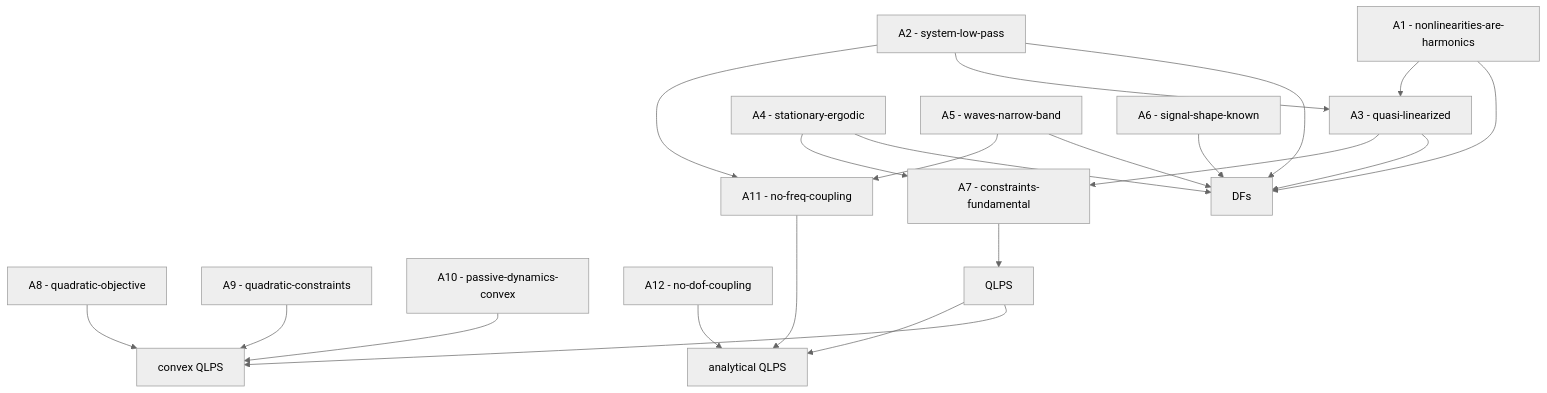
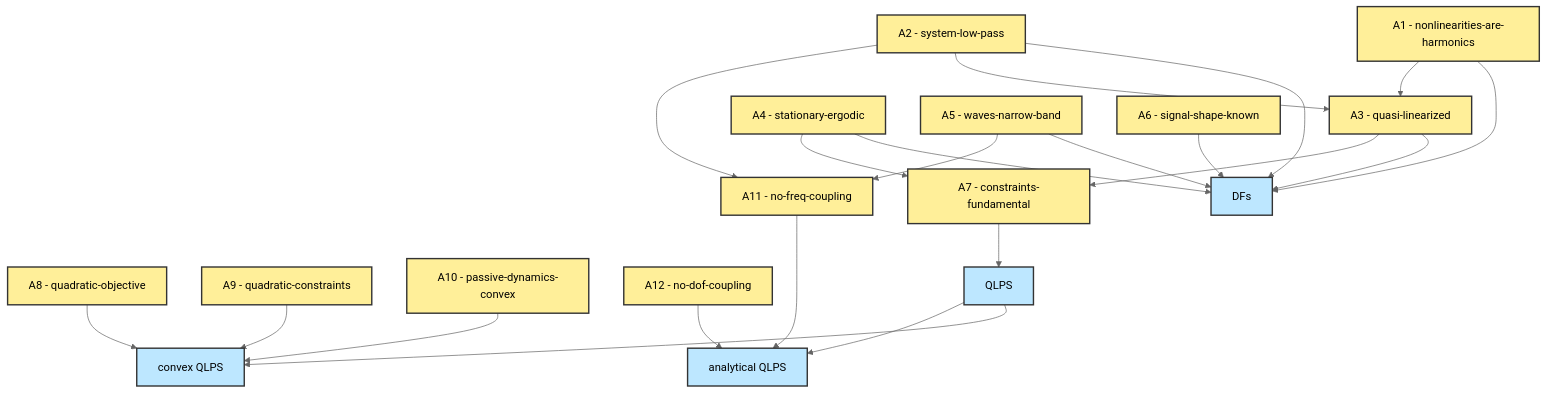
Before and after one commit to symbiotic-engineering/MDOcean: the diagram in mdocean/plots/non_matlab_figs/assumptions.mmd, drawn with Mermaid (neutral theme). The commit also changed 1 other file, not shown here.

Commit message:
Remove assumptions plumbing test and colorize assumptions diagram

```diff
--- a/mdocean/plots/non_matlab_figs/assumptions.mmd
+++ b/mdocean/plots/non_matlab_figs/assumptions.mmd
@@ -1,42 +1,48 @@
 flowchart TD
     A1["A1 - nonlinearities-are-harmonics"]
     A2["A2 - system-low-pass"]
     A3["A3 - quasi-linearized"]
     A4["A4 - stationary-ergodic"]
     A5["A5 - waves-narrow-band"]
     A6["A6 - signal-shape-known"]
     A7["A7 - constraints-fundamental"]
     A8["A8 - quadratic-objective"]
     A9["A9 - quadratic-constraints"]
     A10["A10 - passive-dynamics-convex"]
     A11["A11 - no-freq-coupling"]
     A12["A12 - no-dof-coupling"]
 
     DFs["DFs"]
     QLPS["QLPS"]
     ConvexQLPS["convex QLPS"]
     AnalyticalQLPS["analytical QLPS"]
 
     A1 --> DFs
     A2 --> DFs
     A3 --> DFs
     A4 --> DFs
     A5 --> DFs
     A6 --> DFs
 
     A1 --> A3
     A2 --> A3
     A3 --> A7
     A4 --> A7
     A7 --> QLPS
 
     A8 --> ConvexQLPS
     A9 --> ConvexQLPS
     A10 --> ConvexQLPS
     QLPS --> ConvexQLPS
 
     A2 --> A11
     A5 --> A11
     A11 --> AnalyticalQLPS
     A12 --> AnalyticalQLPS
     QLPS --> AnalyticalQLPS
+
+    classDef assumptions fill:#ffef99,stroke:#333,stroke-width:2px;
+    classDef modelchars fill:#bde7ff,stroke:#333,stroke-width:2px;
+
+    class A1,A2,A3,A4,A5,A6,A7,A8,A9,A10,A11,A12 assumptions
+    class DFs,QLPS,ConvexQLPS,AnalyticalQLPS modelchars
```
